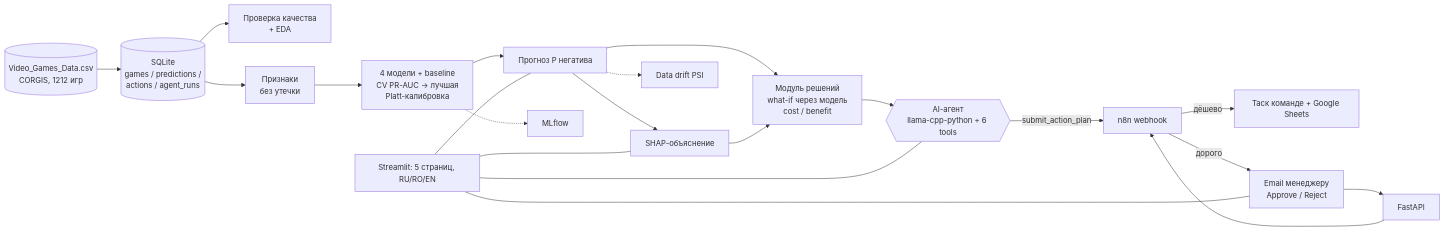
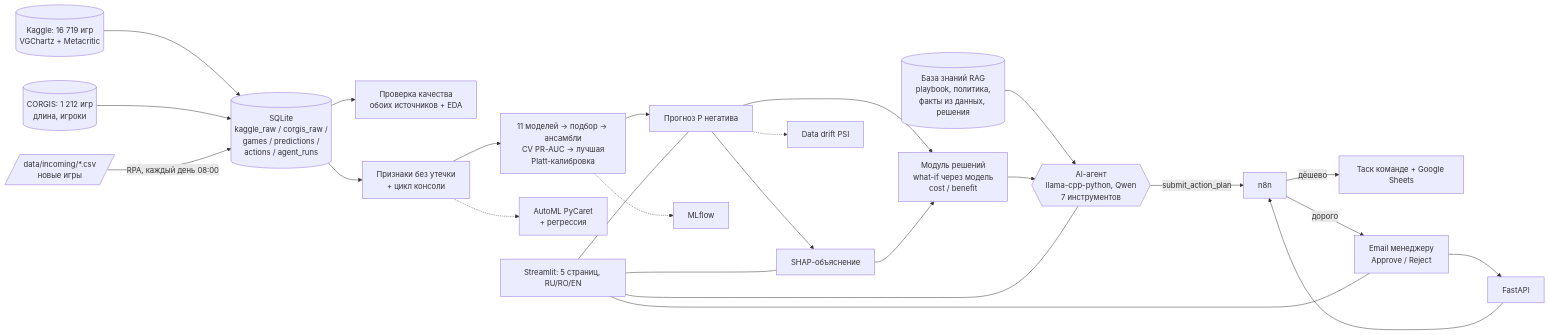
The diagram in README.md (Dwarfpt/Machine-Learning-Master), drawn with Mermaid before and after one commit. The commit also changed other lines of this file and 52 other files, not shown here.

````diff
--- a/README.md
+++ b/README.md
@@ -36,17 +36,21 @@
 ```mermaid
 flowchart LR
-    CSV[(Video_Games_Data.csv<br/>CORGIS, 1212 игр)] --> DB[(SQLite<br/>games / predictions /<br/>actions / agent_runs)]
-    DB --> Q[Проверка качества<br/>+ EDA]
-    DB --> F[Признаки<br/>без утечки]
-    F --> M[4 модели + baseline<br/>CV PR-AUC → лучшая<br/>Platt-калибровка]
+    K[(Kaggle: 16 719 игр<br/>VGChartz + Metacritic)] --> DB[(SQLite<br/>kaggle_raw / corgis_raw /<br/>games / predictions /<br/>actions / agent_runs)]
+    C[(CORGIS: 1 212 игр<br/>длина, игроки)] --> DB
+    IN[/data/incoming/*.csv<br/>новые игры/] -->|RPA, каждый день 08:00| DB
+    DB --> Q[Проверка качества<br/>обоих источников + EDA]
+    DB --> F[Признаки без утечки<br/>+ цикл консоли]
+    F --> M[11 моделей → подбор → ансамбли<br/>CV PR-AUC → лучшая<br/>Platt-калибровка]
+    F -.-> AU[AutoML PyCaret<br/>+ регрессия]
     M --> P[Прогноз P негатива]
     P --> X[SHAP-объяснение]
     P & X --> D[Модуль решений<br/>what-if через модель<br/>cost / benefit]
-    D --> A{{AI-агент<br/>llama-cpp-python + 6 tools}}
-    A -->|submit_action_plan| N[n8n webhook]
+    KB[(База знаний RAG<br/>playbook, политика,<br/>факты из данных, решения)] --> A
+    D --> A{{AI-агент<br/>llama-cpp-python, Qwen<br/>7 инструментов}}
+    A -->|submit_action_plan| N[n8n]
     N -->|дёшево| T[Таск команде + Google Sheets]
     N -->|дорого| H[Email менеджеру<br/>Approve / Reject] --> API[FastAPI] --> N
     UI[Streamlit: 5 страниц, RU/RO/EN] --- P & X & A & H
     M -.-> ML[MLflow]
     P -.-> DR[Data drift PSI]
 ```
````
